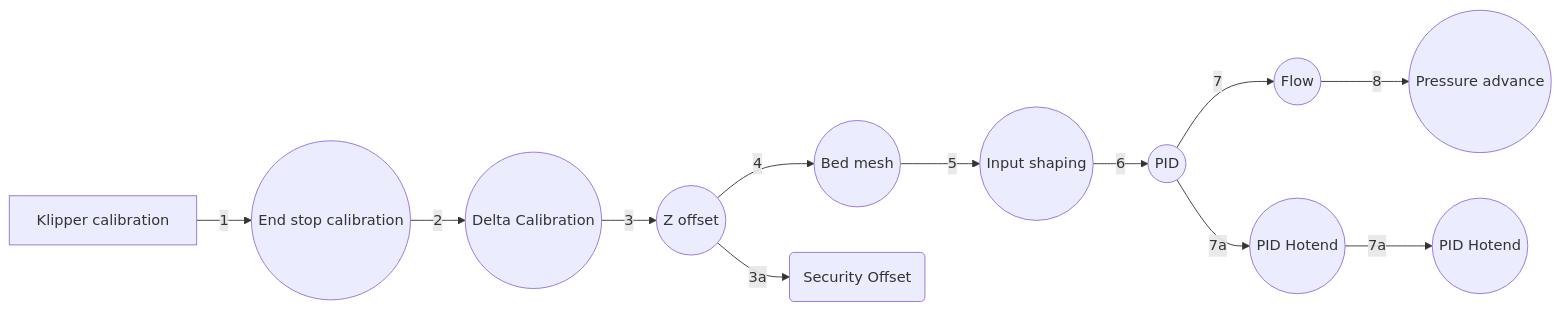
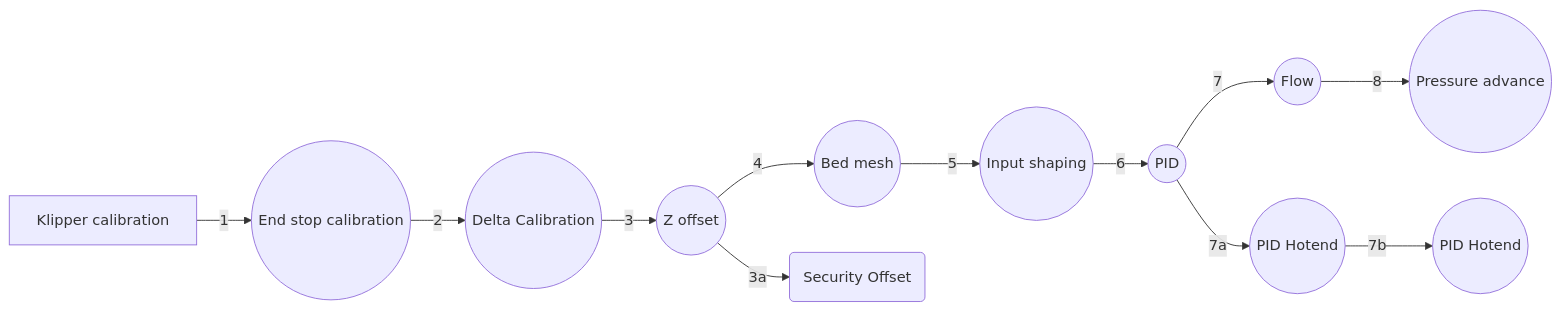
One commit to 81ondo/FLSUN-SR-Klipper changed the diagram in README.md. Above: the diagram before and after it, drawn with Mermaid.

````diff
--- a/README.md
+++ b/README.md
@@ -5,16 +5,16 @@
 ```mermaid
 graph LR
 A[Klipper calibration] 
 -- 1 --> B((End stop calibration))
 -- 2 --> C((Delta Calibration))
 -- 3 --> D((Z offset))
 -- 4 --> E((Bed mesh))
 -- 5 --> F((Input shaping))
 -- 6 --> X((PID))
 -- 7 --> I((Flow))
 -- 8 --> L((Pressure advance))
 X -- 7a --> W((PID Hotend))
-W -- 7a --> Z((PID Hotend))
+W -- 7b --> Z((PID Hotend))
 D --3a --> M(Security Offset)
 
 ```
````
